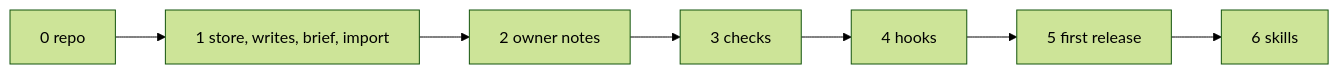
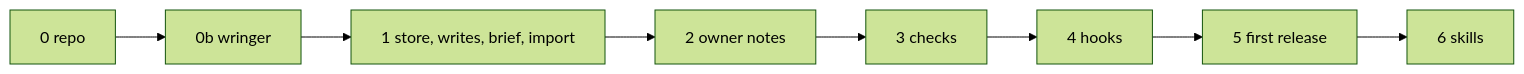
Before and after one commit to zgeoff/wherewerewe: the diagram in docs/design/wherewerewe/build-order.md, drawn with Mermaid (forest theme). The commit also changed other lines of this file and 2 other files, not shown here.

Commit message:
docs: add wringer verification to the build order

````diff
--- a/docs/design/wherewerewe/build-order.md
+++ b/docs/design/wherewerewe/build-order.md
@@ -9,9 +9,10 @@
 ```mermaid
 flowchart LR
-  s0[0 repo] --> s1[1 store, writes, brief, import]
+  s0[0 repo] --> s0b[0b wringer]
+  s0b --> s1[1 store, writes, brief, import]
   s1 --> s2[2 owner notes]
   s2 --> s3[3 checks]
   s3 --> s4[4 hooks]
   s4 --> s5[5 first release]
   s5 --> s6[6 skills]
 ```
````
